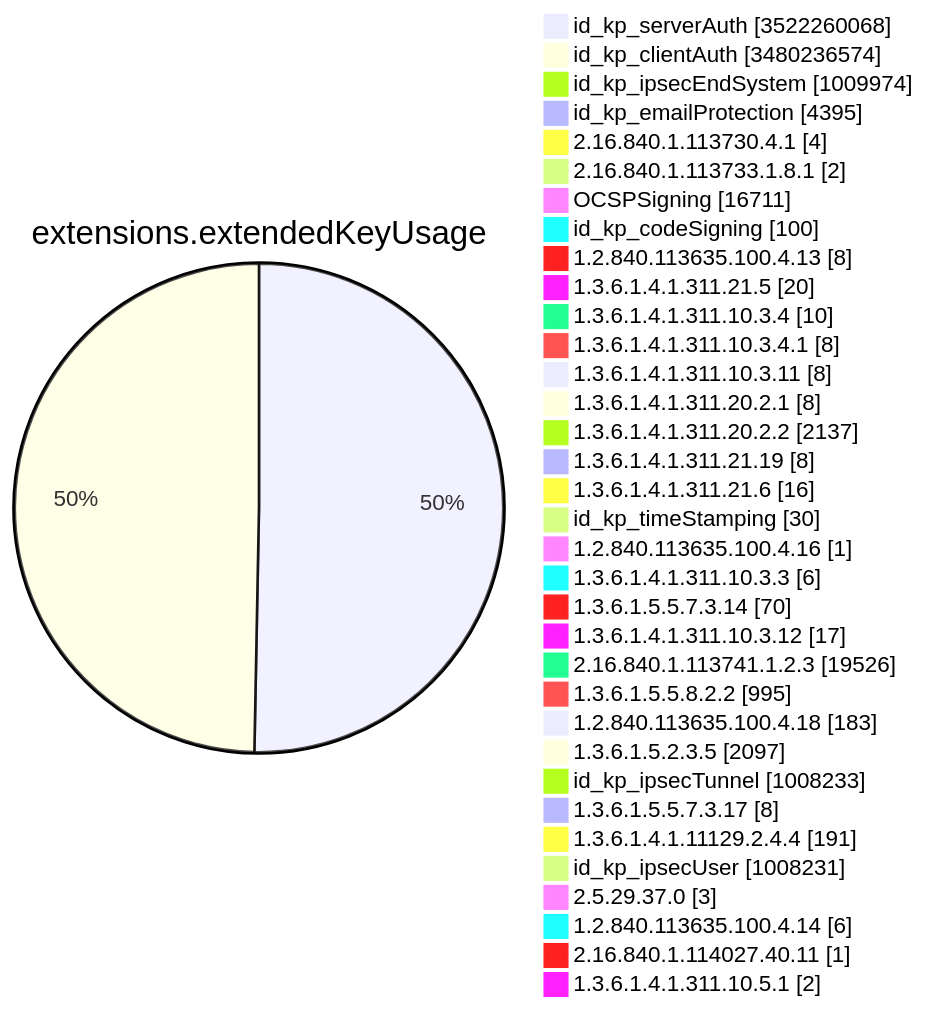
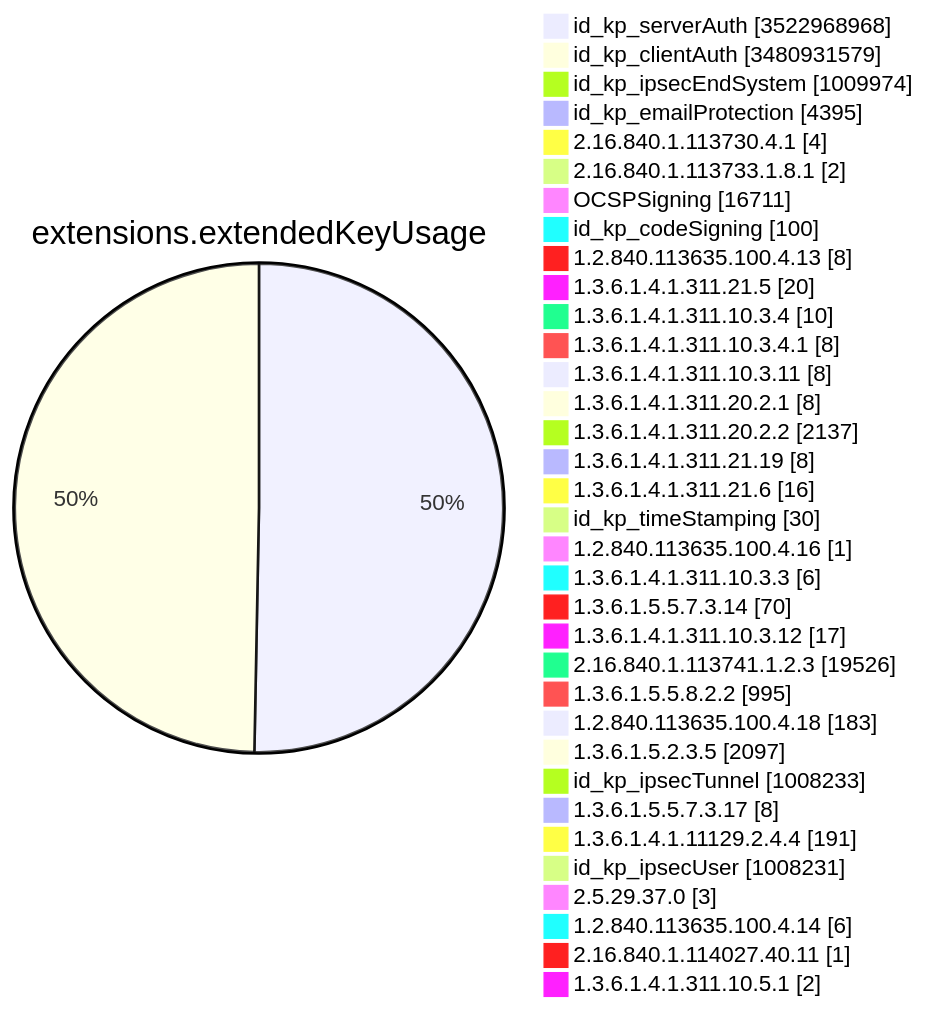
Before and after one commit to christiankrug/ctmonitor_visualization: diagram 11 of 15 in TOTAL/README.md, drawn with Mermaid. The commit also changed other lines of this file, not shown here.

````diff
--- a/TOTAL/README.md
+++ b/TOTAL/README.md
@@ -4126,38 +4126,38 @@
 ```mermaid
 pie showData
 title extensions.extendedKeyUsage
-"id_kp_serverAuth" :3522260068
-"id_kp_clientAuth" :3480236574
+"id_kp_serverAuth" :3522968968
+"id_kp_clientAuth" :3480931579
 "id_kp_ipsecEndSystem" :1009974
 "id_kp_emailProtection" :4395
 "2.16.840.1.113730.4.1" :4
 "2.16.840.1.113733.1.8.1" :2
 "OCSPSigning" :16711
 "id_kp_codeSigning" :100
 "1.2.840.113635.100.4.13" :8
 "1.3.6.1.4.1.311.21.5" :20
 "1.3.6.1.4.1.311.10.3.4" :10
 "1.3.6.1.4.1.311.10.3.4.1" :8
 "1.3.6.1.4.1.311.10.3.11" :8
 "1.3.6.1.4.1.311.20.2.1" :8
 "1.3.6.1.4.1.311.20.2.2" :2137
 "1.3.6.1.4.1.311.21.19" :8
 "1.3.6.1.4.1.311.21.6" :16
 "id_kp_timeStamping" :30
 "1.2.840.113635.100.4.16" :1
 "1.3.6.1.4.1.311.10.3.3" :6
 "1.3.6.1.5.5.7.3.14" :70
 "1.3.6.1.4.1.311.10.3.12" :17
 "2.16.840.1.113741.1.2.3" :19526
 "1.3.6.1.5.5.8.2.2" :995
 "1.2.840.113635.100.4.18" :183
 "1.3.6.1.5.2.3.5" :2097
 "id_kp_ipsecTunnel" :1008233
 "1.3.6.1.5.5.7.3.17" :8
 "1.3.6.1.4.1.11129.2.4.4" :191
 "id_kp_ipsecUser" :1008231
 "2.5.29.37.0" :3
 "1.2.840.113635.100.4.14" :6
 "2.16.840.1.114027.40.11" :1
 "1.3.6.1.4.1.311.10.5.1" :2
 ```
````
